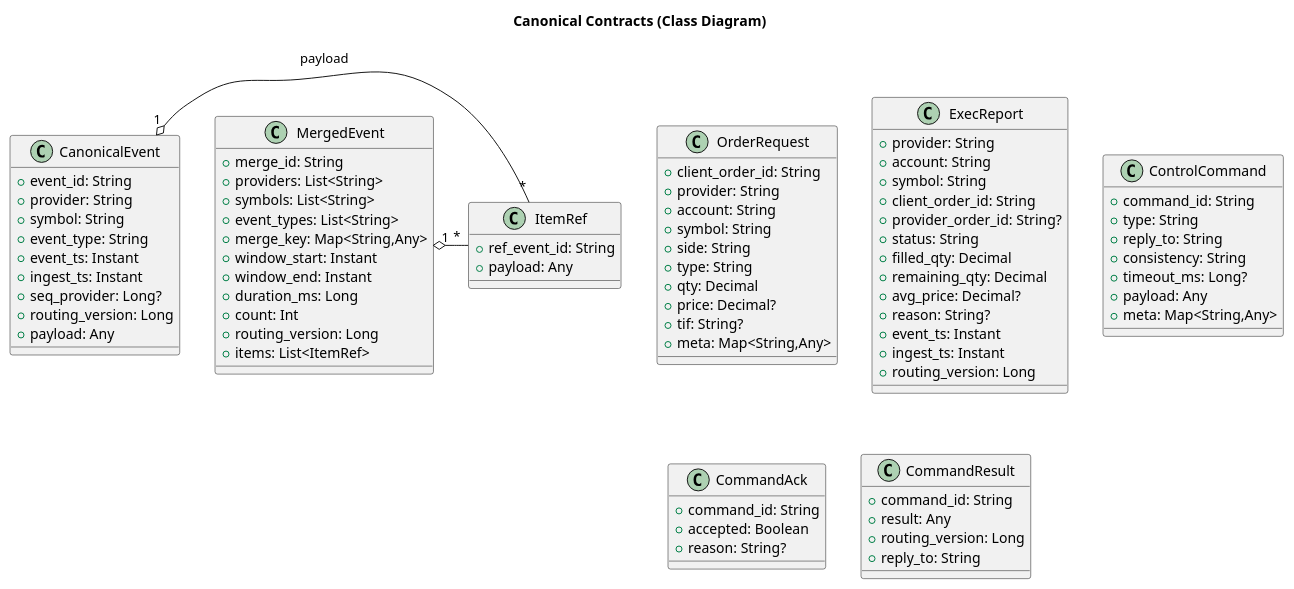
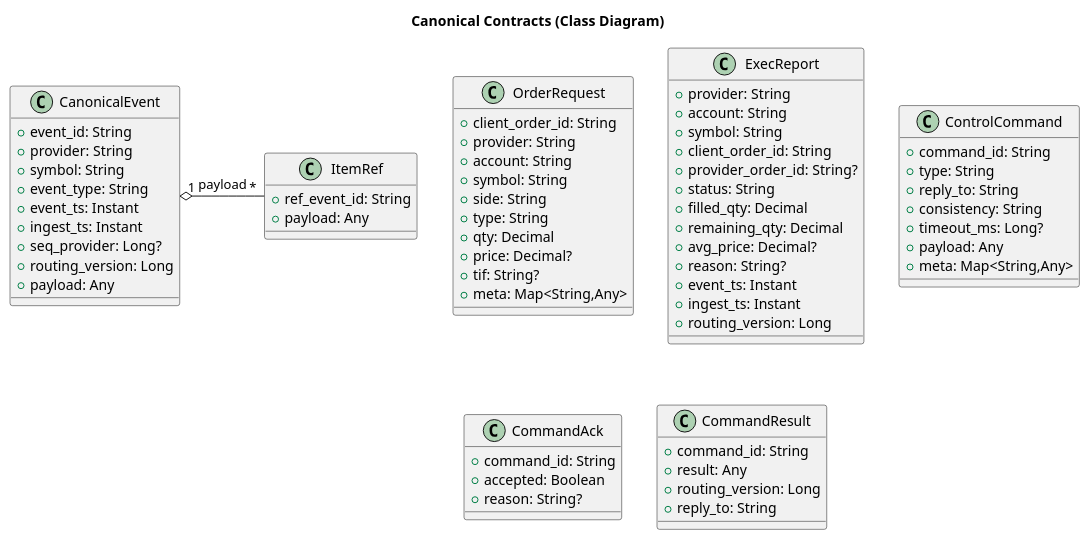
One commit to coachpo/meltica changed the diagram in docs/diagrams/canonical-events-class.puml. Above: the diagram before and after it, drawn with PlantUML. The commit also changed 50 other files, not shown here.

```diff
--- a/docs/diagrams/canonical-events-class.puml
+++ b/docs/diagrams/canonical-events-class.puml
@@ -1,89 +1,74 @@
 @startuml
 title Canonical Contracts (Class Diagram)
 
 class CanonicalEvent {
   +event_id: String
   +provider: String
   +symbol: String
   +event_type: String
   +event_ts: Instant
   +ingest_ts: Instant
   +seq_provider: Long?
   +routing_version: Long
   +payload: Any
-}
-
-class MergedEvent {
-  +merge_id: String
-  +providers: List<String>
-  +symbols: List<String>
-  +event_types: List<String>
-  +merge_key: Map<String,Any>
-  +window_start: Instant
-  +window_end: Instant
-  +duration_ms: Long
-  +count: Int
-  +routing_version: Long
-  +items: List<ItemRef>
 }
 
 class ItemRef { 
   +ref_event_id: String
   +payload: Any 
 }
 
 class OrderRequest {
   +client_order_id: String
   +provider: String
   +account: String
   +symbol: String
   +side: String
   +type: String
   +qty: Decimal
   +price: Decimal?
   +tif: String?
   +meta: Map<String,Any>
 }
 
 class ExecReport {
   +provider: String
   +account: String
   +symbol: String
   +client_order_id: String
   +provider_order_id: String?
   +status: String
   +filled_qty: Decimal
   +remaining_qty: Decimal
   +avg_price: Decimal?
   +reason: String?
   +event_ts: Instant
   +ingest_ts: Instant
   +routing_version: Long
 }
 
 class ControlCommand {
   +command_id: String
   +type: String
   +reply_to: String
   +consistency: String
   +timeout_ms: Long?
   +payload: Any
   +meta: Map<String,Any>
 }
 
 class CommandAck {
   +command_id: String
   +accepted: Boolean
   +reason: String?
 }
 
 class CommandResult {
   +command_id: String
   +result: Any
   +routing_version: Long
   +reply_to: String
 }
 
 CanonicalEvent "1" o- "*" ItemRef : payload
-MergedEvent "1" o- "*" ItemRef
 @enduml
```
